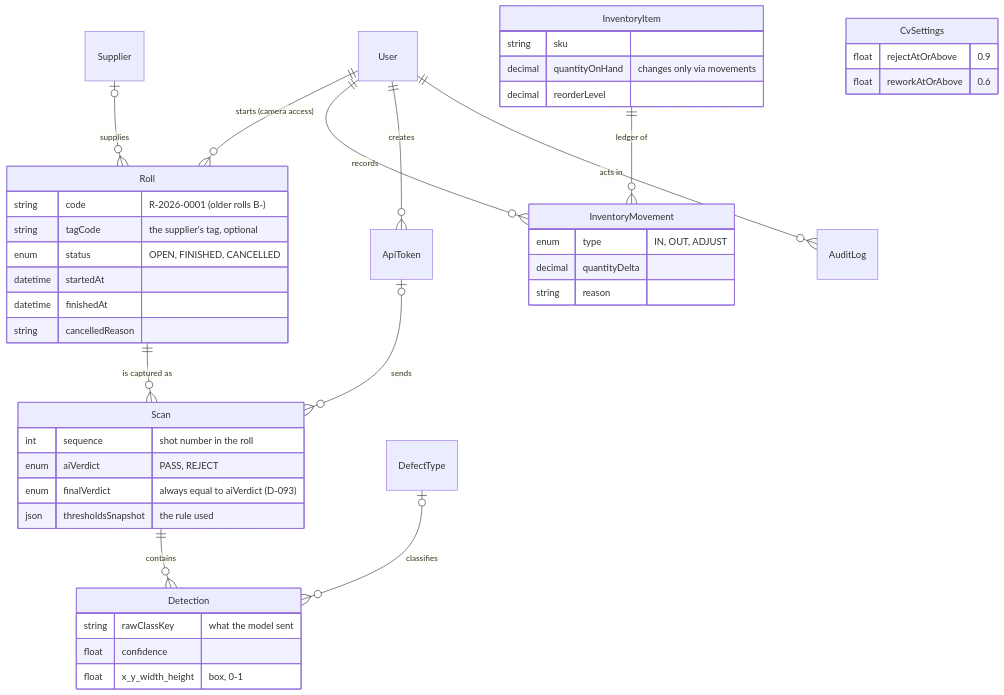
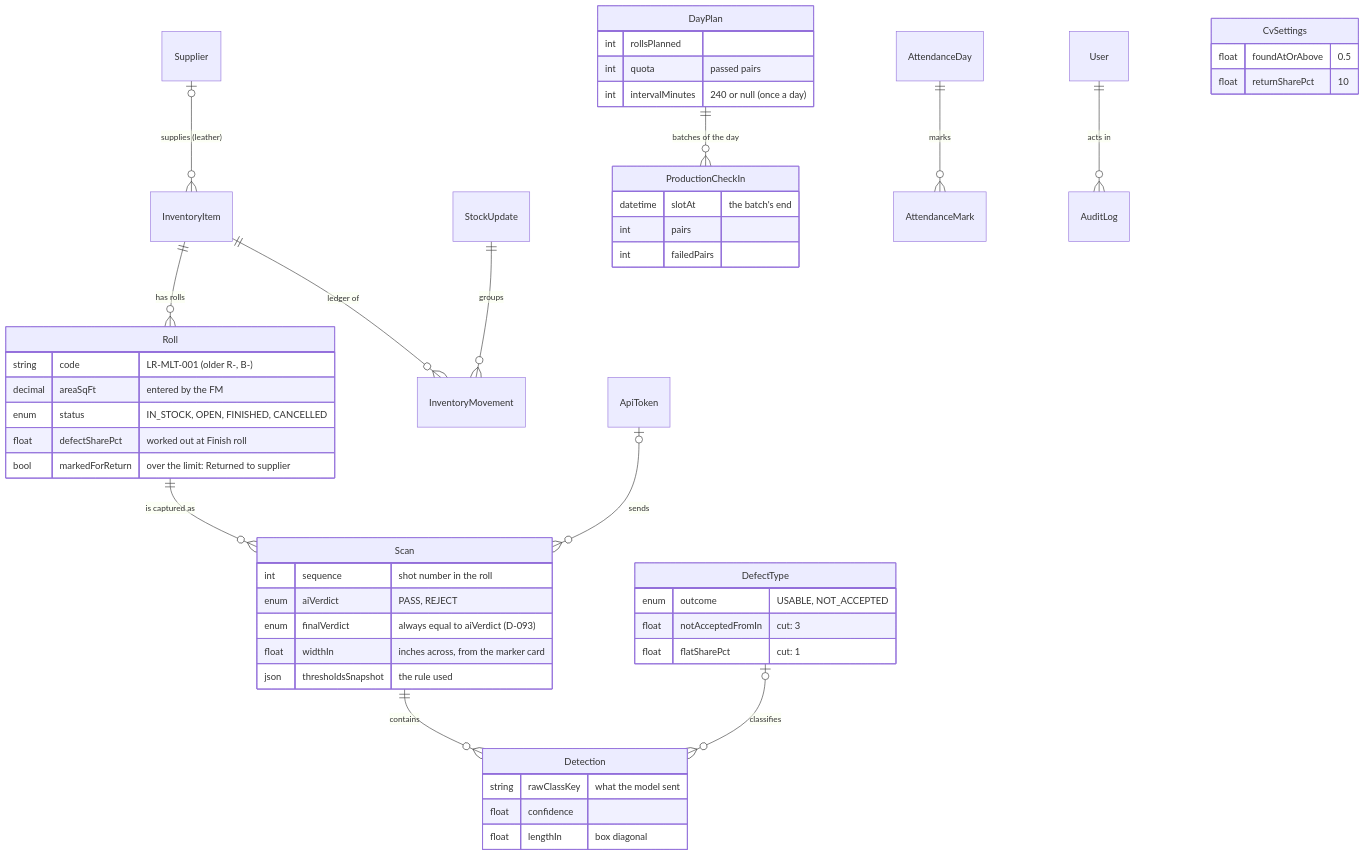
The second of 2 diagrams in README.md (OatiesMilk/CPoint-PMS), drawn with Mermaid before and after one commit. The commit also changed other lines of this file and 26 other files, not shown here.

````diff
--- a/README.md
+++ b/README.md
@@ -273,47 +258,53 @@
 ```mermaid
 erDiagram
-  User ||--o{ Roll : "starts (camera access)"
-  User ||--o{ InventoryMovement : records
-  User ||--o{ ApiToken : creates
-  User ||--o{ AuditLog : "acts in"
-  Supplier |o--o{ Roll : supplies
+  Supplier |o--o{ InventoryItem : "supplies (leather)"
+  InventoryItem ||--o{ Roll : "has rolls"
+  InventoryItem ||--o{ InventoryMovement : "ledger of"
+  StockUpdate ||--o{ InventoryMovement : groups
   Roll ||--o{ Scan : "is captured as"
   ApiToken |o--o{ Scan : sends
   Scan ||--o{ Detection : contains
   DefectType |o--o{ Detection : classifies
-  InventoryItem ||--o{ InventoryMovement : "ledger of"
+  DayPlan ||--o{ ProductionCheckIn : "batches of the day"
+  AttendanceDay ||--o{ AttendanceMark : marks
+  User ||--o{ AuditLog : "acts in"
 
   Roll {
-    string code "R-2026-0001 (older rolls B-)"
-    string tagCode "the supplier's tag, optional"
-    enum status "OPEN, FINISHED, CANCELLED"
-    datetime startedAt
-    datetime finishedAt
-    string cancelledReason
+    string code "LR-MLT-001 (older R-, B-)"
+    decimal areaSqFt "entered by the FM"
+    enum status "IN_STOCK, OPEN, FINISHED, CANCELLED"
+    float defectSharePct "worked out at Finish roll"
+    bool markedForReturn "over the limit: Returned to supplier"
   }
   Scan {
     int sequence "shot number in the roll"
     enum aiVerdict "PASS, REJECT"
     enum finalVerdict "always equal to aiVerdict (D-093)"
+    float widthIn "inches across, from the marker card"
     json thresholdsSnapshot "the rule used"
   }
   Detection {
     string rawClassKey "what the model sent"
     float confidence
-    float x_y_width_height "box, 0-1"
+    float lengthIn "box diagonal"
   }
-  InventoryItem {
-    string sku
-    decimal quantityOnHand "changes only via movements"
-    decimal reorderLevel
+  DefectType {
+    enum outcome "USABLE, NOT_ACCEPTED"
+    float notAcceptedFromIn "cut: 3"
+    float flatSharePct "cut: 1"
   }
-  InventoryMovement {
-    enum type "IN, OUT, ADJUST"
-    decimal quantityDelta
-    string reason
+  DayPlan {
+    int rollsPlanned
+    int quota "passed pairs"
+    int intervalMinutes "240 or null (once a day)"
+  }
+  ProductionCheckIn {
+    datetime slotAt "the batch's end"
+    int pairs
+    int failedPairs
   }
   CvSettings {
-    float rejectAtOrAbove "0.9"
-    float reworkAtOrAbove "0.6"
+    float foundAtOrAbove "0.5"
+    float returnSharePct "10"
   }
 ```
````
